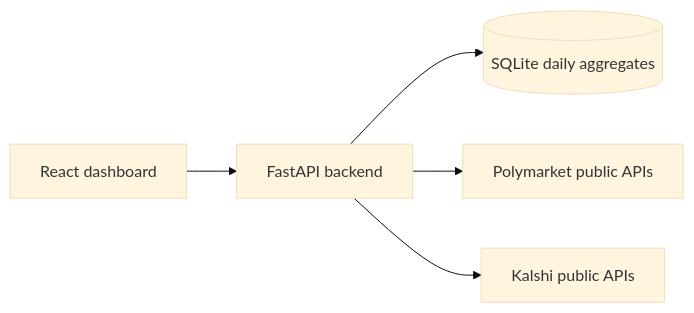
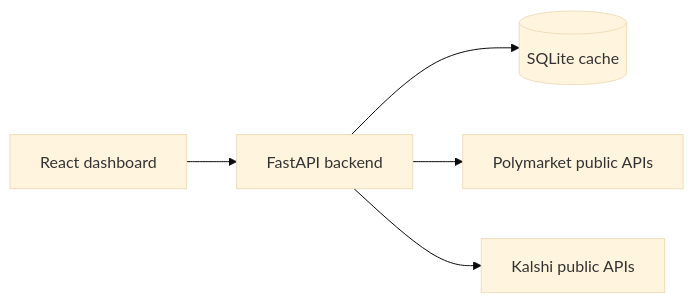
The diagram in README.md (bif-voyager/dashboard-market), drawn with Mermaid (base theme) before and after one commit. The commit also changed other lines of this file and 18 other files, not shown here.

````diff
--- a/README.md
+++ b/README.md
@@ -22,7 +45,7 @@
 ```mermaid
 flowchart LR
     UI[React dashboard] --> API[FastAPI backend]
-    API --> DB[(SQLite daily aggregates)]
+    API --> DB[(SQLite cache)]
     API --> POLY[Polymarket public APIs]
     API --> KALSHI[Kalshi public APIs]
 ```
````
